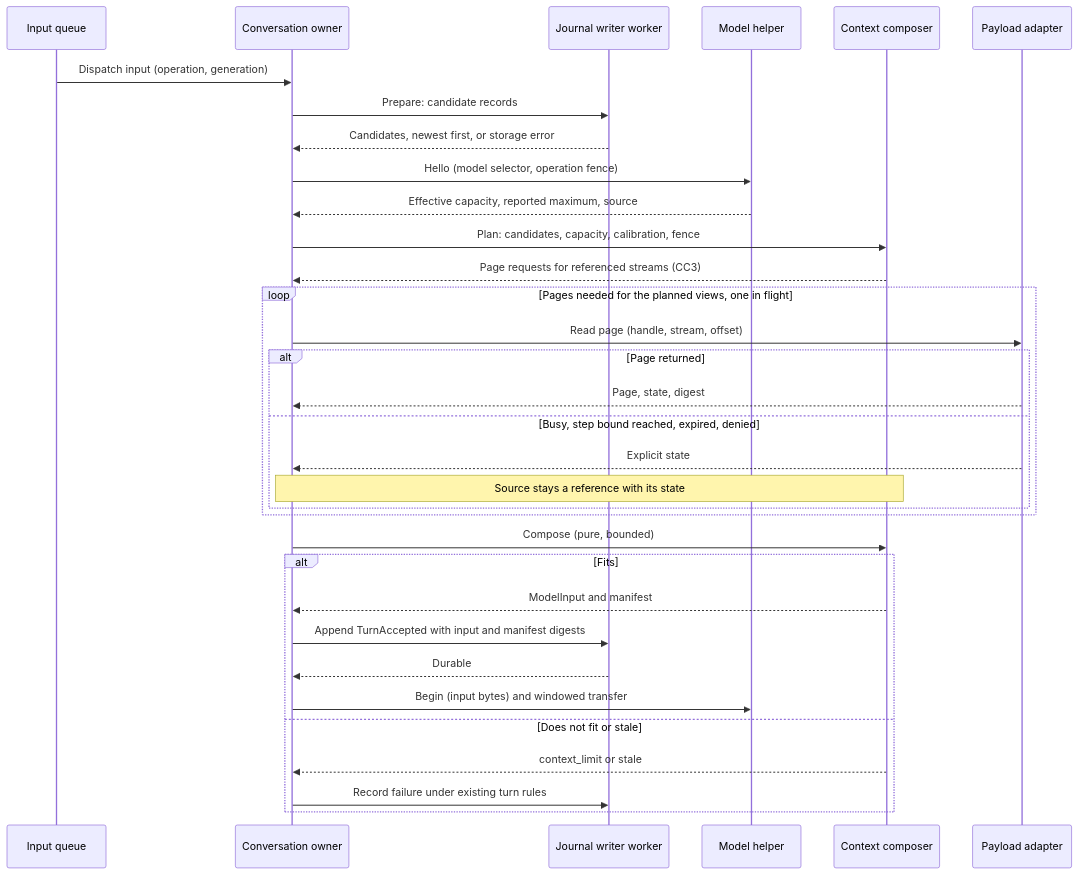
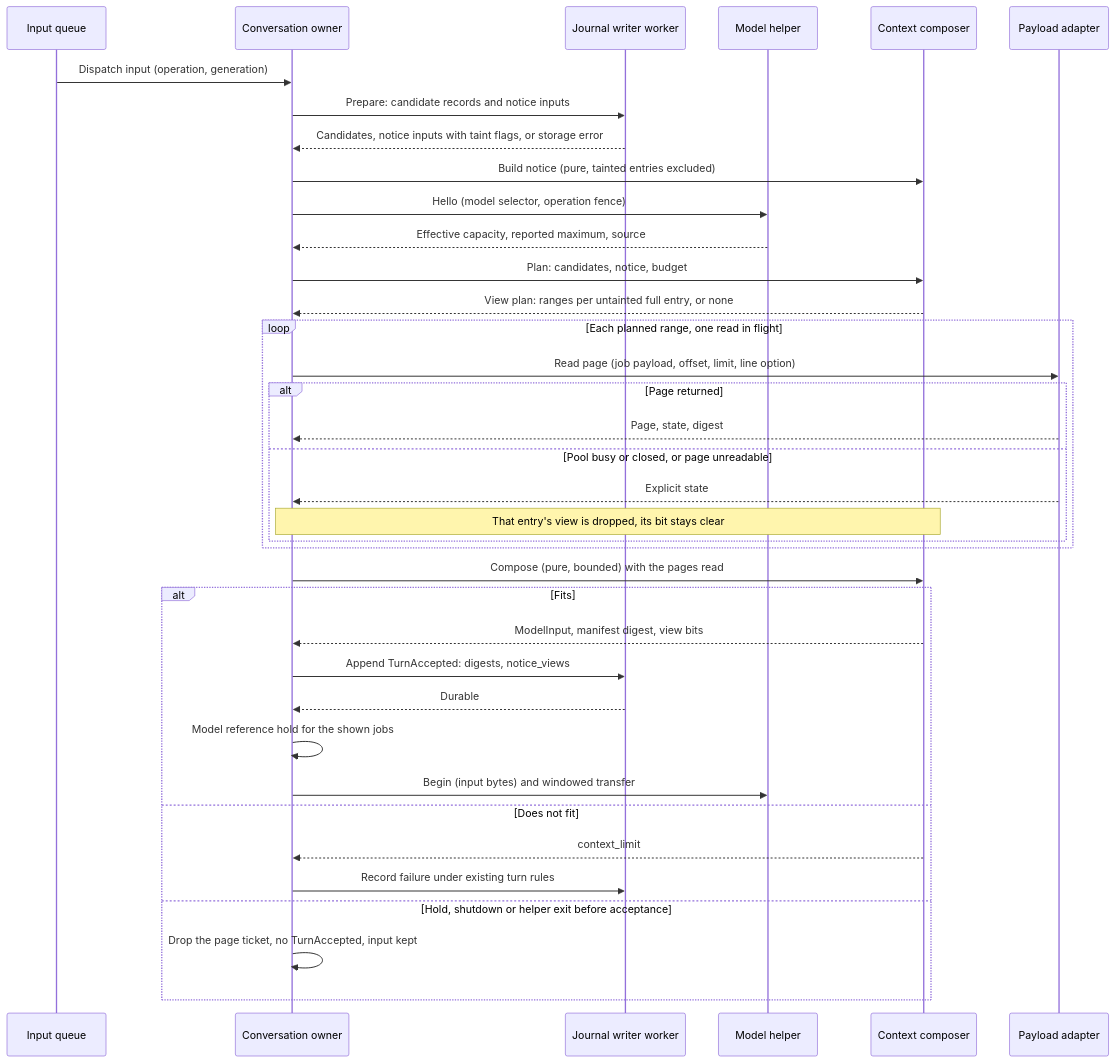
The third of 9 diagrams in docs/designs/context-composer.md (pidster/asura), drawn with Mermaid before and after one commit. The commit also changed other lines of this file and 5 other files, not shown here.

First line of the commit message:
Design context composer slices CC2 and CC3 with the taint exclusion hook

````diff
--- a/docs/designs/context-composer.md
+++ b/docs/designs/context-composer.md
@@ -473,35 +523,39 @@
 ```mermaid
 sequenceDiagram
     participant Q as Input queue
     participant C as Conversation owner
     participant W as Journal writer worker
     participant H as Model helper
     participant K as Context composer
     participant P as Payload adapter
     Q->>C: Dispatch input (operation, generation)
-    C->>W: Prepare: candidate records
-    W-->>C: Candidates, newest first, or storage error
+    C->>W: Prepare: candidate records and notice inputs
+    W-->>C: Candidates, notice inputs with taint flags, or storage error
+    C->>K: Build notice (pure, tainted entries excluded)
     C->>H: Hello (model selector, operation fence)
     H-->>C: Effective capacity, reported maximum, source
-    C->>K: Plan: candidates, capacity, calibration, fence
-    K-->>C: Page requests for referenced streams (CC3)
-    loop Pages needed for the planned views, one in flight
-        C->>P: Read page (handle, stream, offset)
+    C->>K: Plan: candidates, notice, budget
+    K-->>C: View plan: ranges per untainted full entry, or none
+    loop Each planned range, one read in flight
+        C->>P: Read page (job payload, offset, limit, line option)
         alt Page returned
             P-->>C: Page, state, digest
-        else Busy, step bound reached, expired, denied
+        else Pool busy or closed, or page unreadable
             P-->>C: Explicit state
-            Note over C,K: Source stays a reference with its state
+            Note over C,K: That entry's view is dropped, its bit stays clear
         end
     end
-    C->>K: Compose (pure, bounded)
+    C->>K: Compose (pure, bounded) with the pages read
     alt Fits
-        K-->>C: ModelInput and manifest
-        C->>W: Append TurnAccepted with input and manifest digests
+        K-->>C: ModelInput, manifest digest, view bits
+        C->>W: Append TurnAccepted: digests, notice_views
         W-->>C: Durable
+        C->>C: Model reference hold for the shown jobs
         C->>H: Begin (input bytes) and windowed transfer
-    else Does not fit or stale
-        K-->>C: context_limit or stale
+    else Does not fit
+        K-->>C: context_limit
         C->>W: Record failure under existing turn rules
+    else Hold, shutdown or helper exit before acceptance
+        C->>C: Drop the page ticket, no TurnAccepted, input kept
     end
 ```
````
